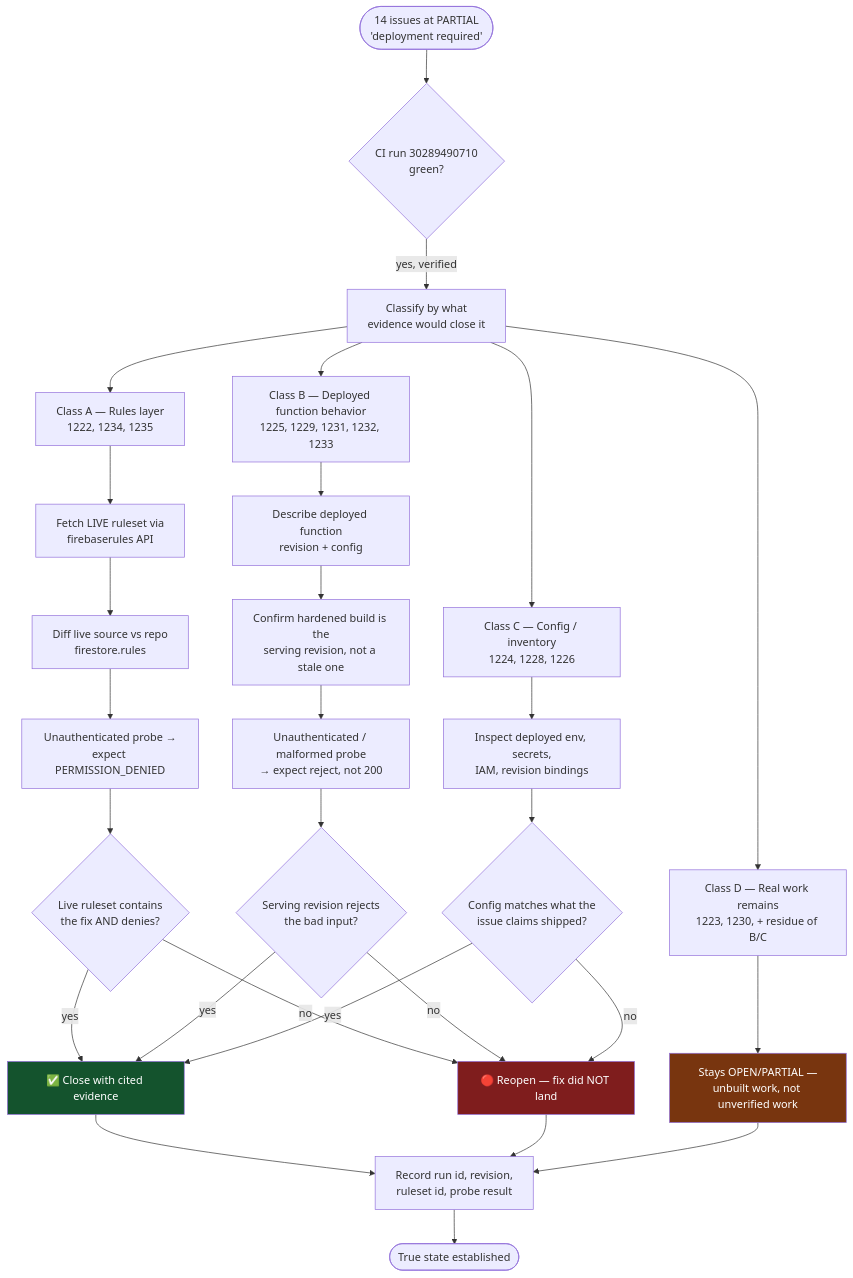
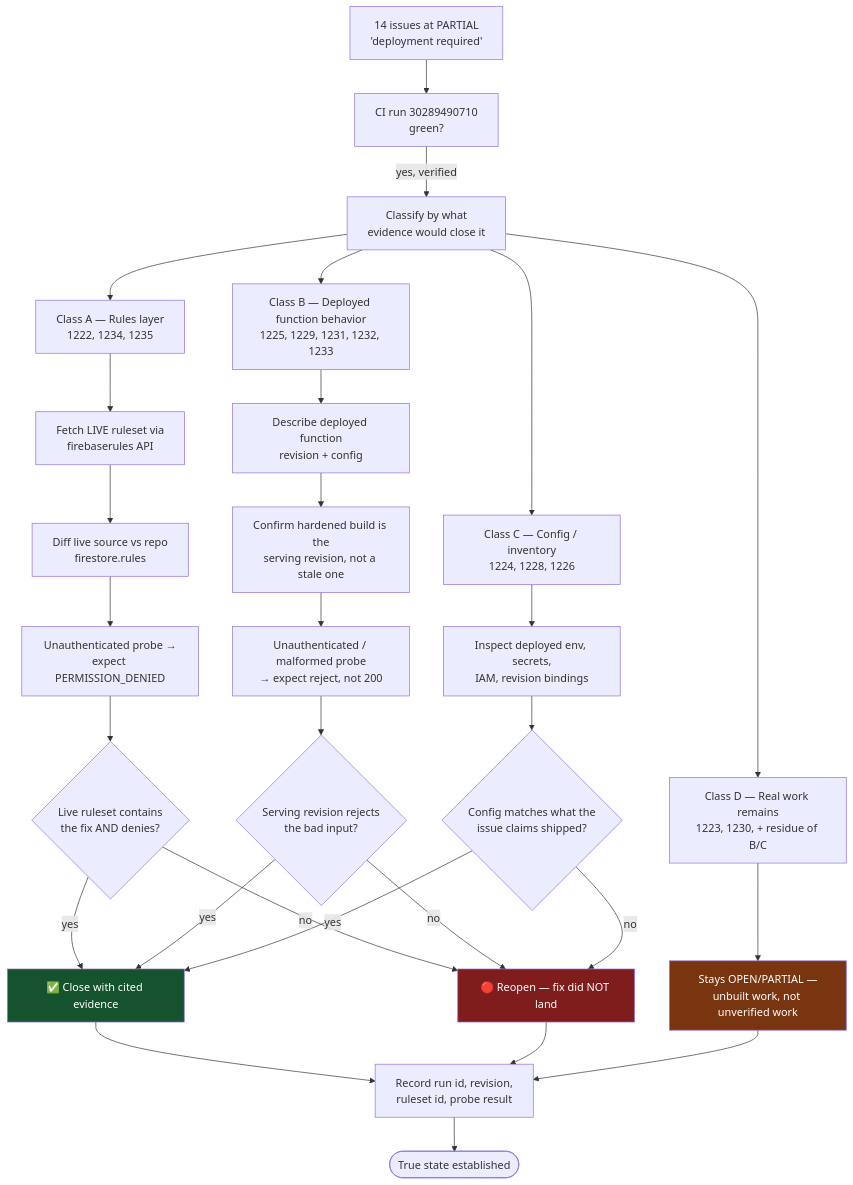
One commit to indii-music-founder/indii-music-founder changed the diagram in docs/flowcharts/security-verification-sweep-macro.md. Above: the diagram before and after it, drawn with Mermaid. The commit also changed other lines of this file and 25 other files, not shown here.

````diff
--- a/docs/flowcharts/security-verification-sweep-macro.md
+++ b/docs/flowcharts/security-verification-sweep-macro.md
@@ -21,41 +21,41 @@
 ```mermaid
 flowchart TD
-    START([14 issues at PARTIAL<br/>'deployment required']) --> GREEN{CI run 30289490710<br/>green?}
+    START["14 issues at PARTIAL<br/>'deployment required'"] --> GREEN["CI run 30289490710<br/>green?"]
     GREEN -->|yes, verified| CLASSIFY[Classify by what<br/>evidence would close it]
 
     CLASSIFY --> A[Class A — Rules layer<br/>1222, 1234, 1235]
     CLASSIFY --> B[Class B — Deployed function behavior<br/>1225, 1229, 1231, 1232, 1233]
     CLASSIFY --> C[Class C — Config / inventory<br/>1224, 1228, 1226]
     CLASSIFY --> D[Class D — Real work remains<br/>1223, 1230, + residue of B/C]
 
     A --> A1[Fetch LIVE ruleset via<br/>firebaserules API]
     A1 --> A2[Diff live source vs repo<br/>firestore.rules]
     A2 --> A3[Unauthenticated probe →<br/>expect PERMISSION_DENIED]
     A3 --> AV{Live ruleset contains<br/>the fix AND denies?}
 
     B --> B1[Describe deployed function<br/>revision + config]
     B1 --> B2[Confirm hardened build is the<br/>serving revision, not a stale one]
     B2 --> B3[Unauthenticated / malformed probe<br/>→ expect reject, not 200]
     B3 --> BV{Serving revision rejects<br/>the bad input?}
 
     C --> C1[Inspect deployed env, secrets,<br/>IAM, revision bindings]
     C1 --> CV{Config matches what the<br/>issue claims shipped?}
 
     D --> DOPEN[Stays OPEN/PARTIAL —<br/>unbuilt work, not unverified work]
 
     AV -->|yes| CLOSE[✅ Close with cited evidence]
     AV -->|no| REOPEN[🔴 Reopen — fix did NOT land]
     BV -->|yes| CLOSE
     BV -->|no| REOPEN
     CV -->|yes| CLOSE
     CV -->|no| REOPEN
 
     CLOSE --> LEDGER[Record run id, revision,<br/>ruleset id, probe result]
     REOPEN --> LEDGER
     DOPEN --> LEDGER
     LEDGER --> END([True state established])
 
     style REOPEN fill:#7f1d1d,color:#fff
     style CLOSE fill:#14532d,color:#fff
     style DOPEN fill:#78350f,color:#fff
 ```
````
